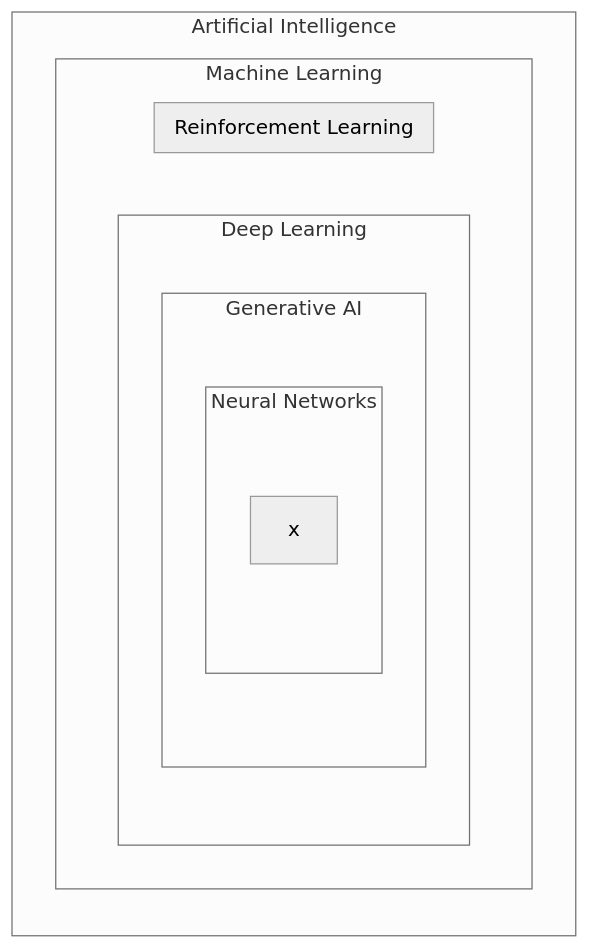
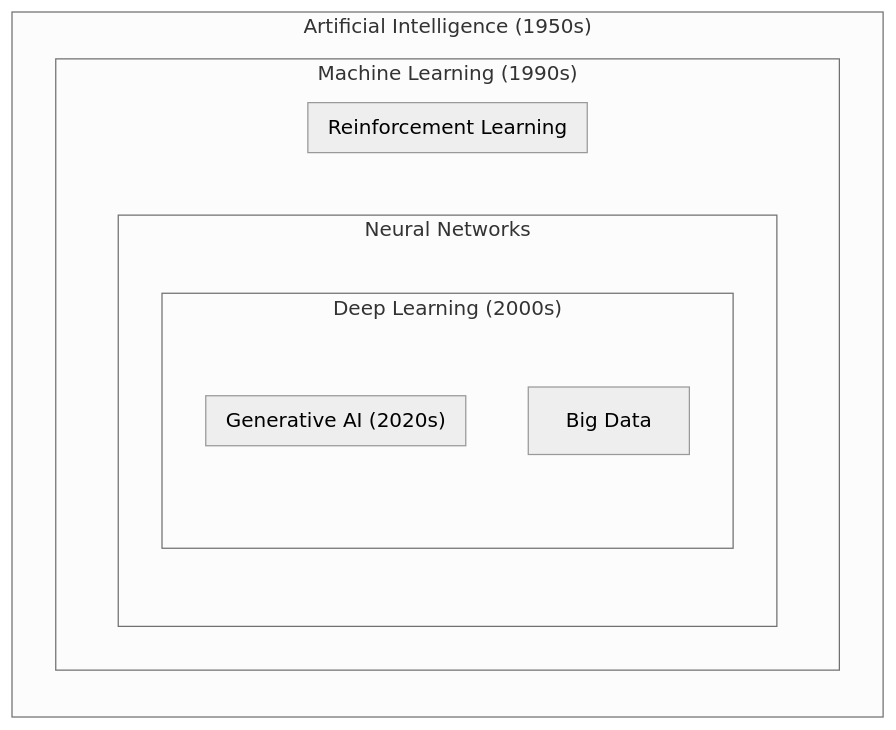
One commit to codingoutloud/website changed the diagram in foo2.mmd. Above: the diagram before and after it, drawn with Mermaid (neutral theme).

```diff
--- a/foo2.mmd
+++ b/foo2.mmd
@@ -1,14 +1,14 @@
 graph LR
-subgraph AI ["Artificial Intelligence"]
-    subgraph ML ["Machine Learning"]
-        subgraph DL ["Deep Learning"]
-            subgraph GenAI ["Generative AI"]
-              subgraph NN ["Neural Networks"]
-                 foo["x"]
-              end
+subgraph AI ["Artificial Intelligence (1950s)"]
+   subgraph ML ["Machine Learning (1990s)"]
+      subgraph NN ["Neural Networks"]
+         subgraph DL ["Deep Learning (2000s)"]
+            enablers["Big Data"]
+            subgraph GenAI ["Generative AI (2020s)"]
             end
-        end
-        subgraph RL ["Reinforcement Learning"]
-        end
-    end
+         end
+      end
+      subgraph RL ["Reinforcement Learning"]
+      end
+   end
 end
```
